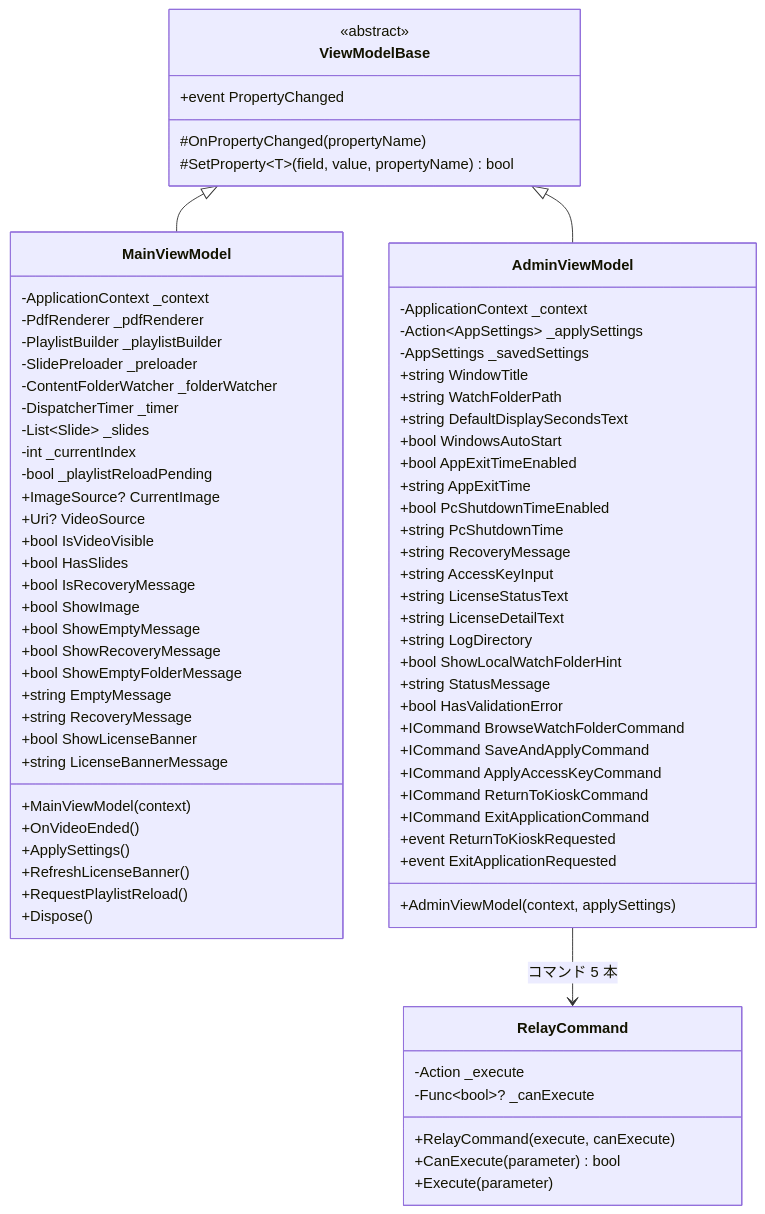
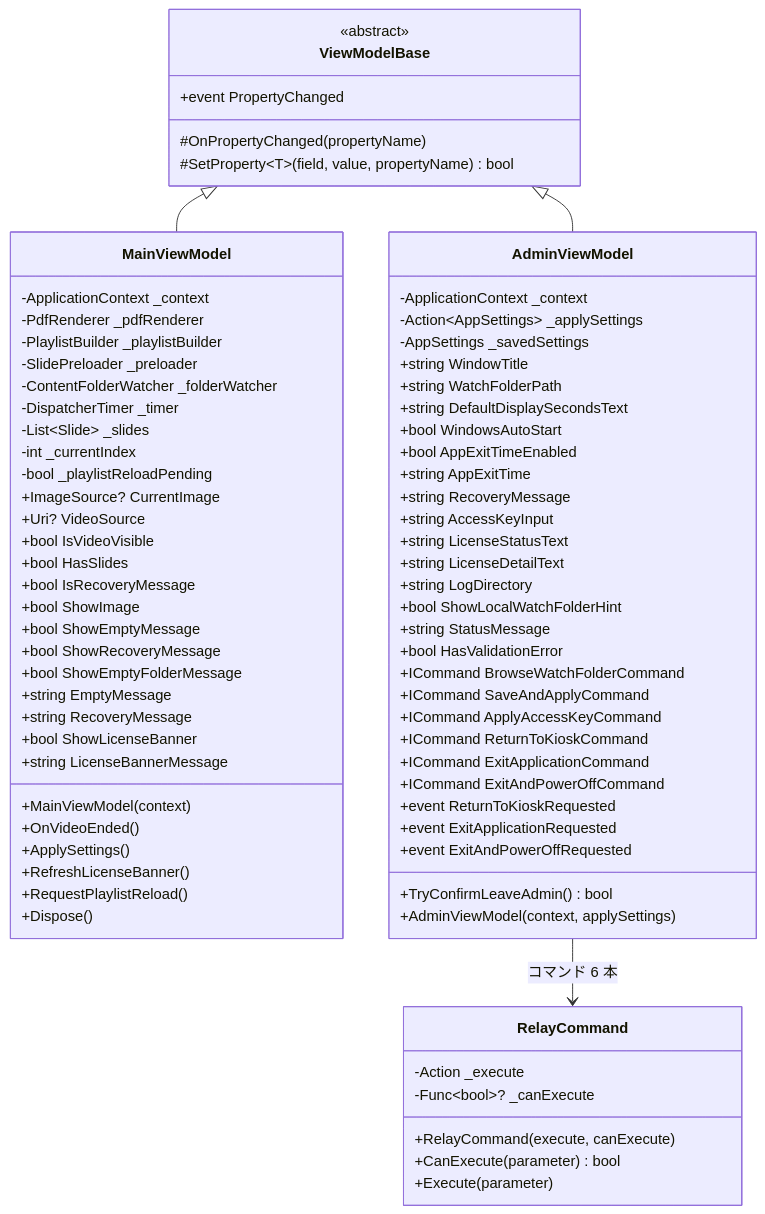
One commit to kamanori3/SimpleDigitalSignage changed the fifth of 10 diagrams in docs/クラス設計図.md. Above: the diagram before and after it, drawn with Mermaid. The commit also changed other lines of this file and 27 other files, not shown here.

````diff
--- a/docs/クラス設計図.md
+++ b/docs/クラス設計図.md
@@ -292,8 +296,6 @@
     +bool WindowsAutoStart
     +bool AppExitTimeEnabled
     +string AppExitTime
-    +bool PcShutdownTimeEnabled
-    +string PcShutdownTime
     +string RecoveryMessage
     +string AccessKeyInput
     +string LicenseStatusText
@@ -307,12 +309,15 @@
     +ICommand ApplyAccessKeyCommand
     +ICommand ReturnToKioskCommand
     +ICommand ExitApplicationCommand
+    +ICommand ExitAndPowerOffCommand
     +event ReturnToKioskRequested
     +event ExitApplicationRequested
+    +event ExitAndPowerOffRequested
+    +TryConfirmLeaveAdmin() bool
     +AdminViewModel(context, applySettings)
   }
 
   ViewModelBase <|-- MainViewModel
   ViewModelBase <|-- AdminViewModel
-  AdminViewModel --> RelayCommand : コマンド 5 本
+  AdminViewModel --> RelayCommand : コマンド 6 本
 ```
````
